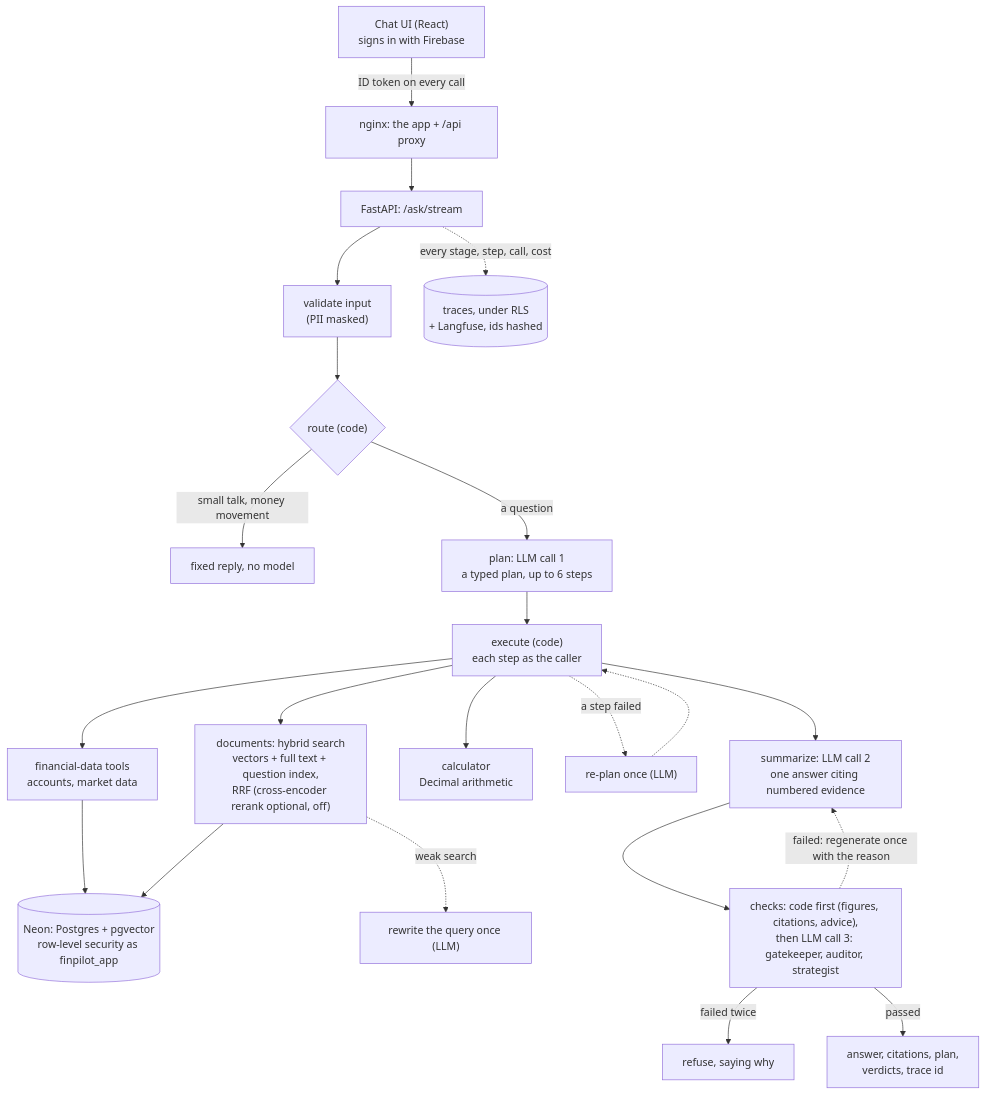
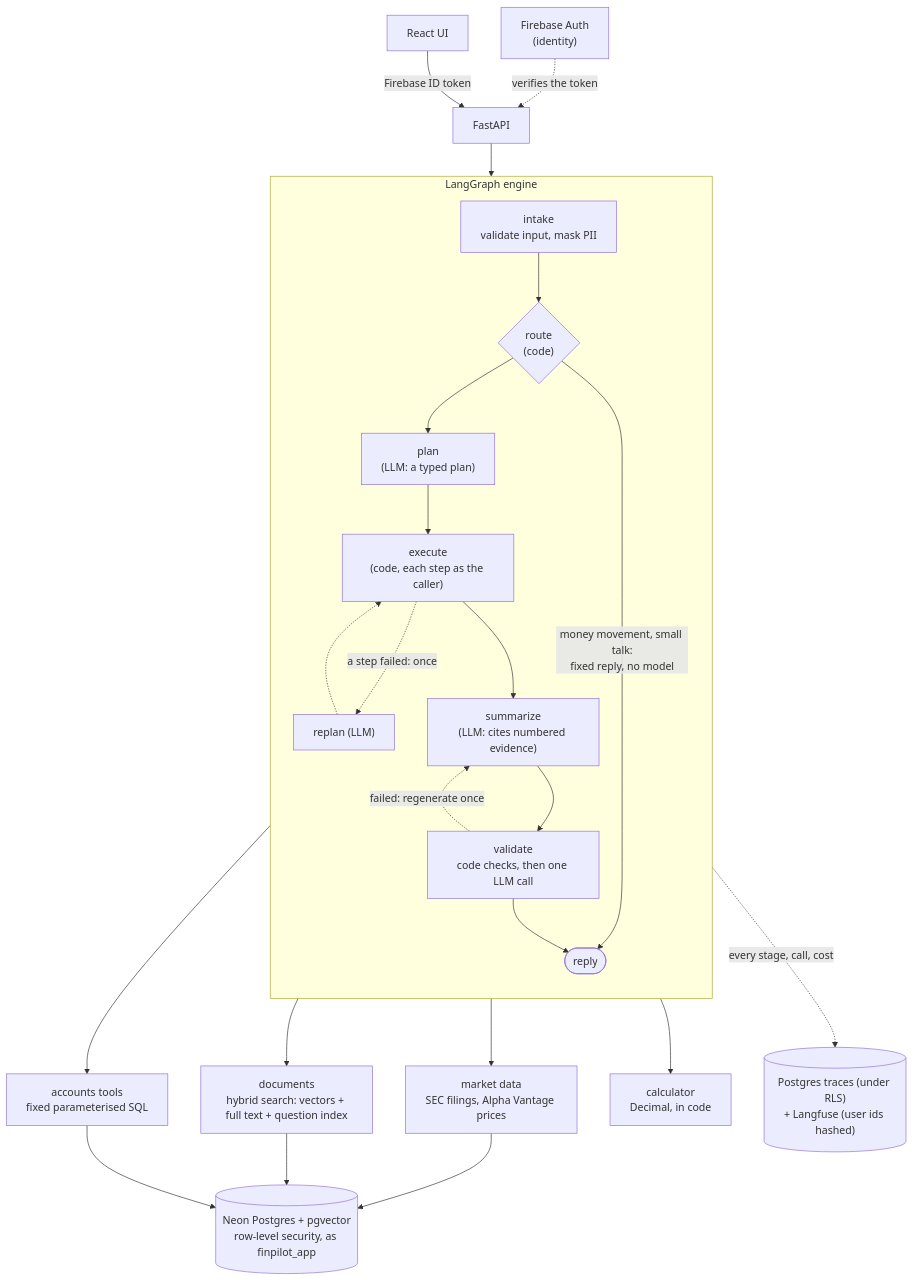
Before and after one commit to AshrithaPola/FinPilot: the diagram in README.md, drawn with Mermaid. The commit also changed other lines of this file and 2 other files, not shown here.

First line of the commit message:
docs: final README draft, deploy checklist, Gemini daily limit and accounts noted

````diff
--- a/README.md
+++ b/README.md
@@ -33,24 +41,29 @@
 ```mermaid
 flowchart TD
-    UI["Chat UI (React)<br/>signs in with Firebase"] -->|"ID token on every call"| WEB["nginx: the app + /api proxy"]
-    WEB --> API["FastAPI: /ask/stream"]
-    API --> IN["validate input<br/>(PII masked)"]
-    IN --> ROUTE{"route (code)"}
-    ROUTE -->|"small talk, money movement"| FIXED["fixed reply, no model"]
-    ROUTE -->|"a question"| PLAN["plan: LLM call 1<br/>a typed plan, up to 6 steps"]
-    PLAN --> EXEC["execute (code)<br/>each step as the caller"]
-    EXEC --> FIN["financial-data tools<br/>accounts, market data"]
-    EXEC --> DOCS["documents: hybrid search<br/>vectors + full text + question index,<br/>RRF (cross-encoder rerank optional, off)"]
-    EXEC --> CALC["calculator<br/>Decimal arithmetic"]
-    FIN --> DB[("Neon: Postgres + pgvector<br/>row-level security as finpilot_app")]
-    DOCS --> DB
-    DOCS -.->|"weak search"| RW["rewrite the query once (LLM)"]
-    EXEC -.->|"a step failed"| REPLAN["re-plan once (LLM)"]
-    REPLAN -.-> EXEC
-    EXEC --> SUM["summarize: LLM call 2<br/>one answer citing numbered evidence"]
-    SUM --> CHECK["checks: code first (figures, citations, advice),<br/>then LLM call 3: gatekeeper, auditor, strategist"]
-    CHECK -.->|"failed: regenerate once with the reason"| SUM
-    CHECK -->|"failed twice"| REFUSE["refuse, saying why"]
-    CHECK -->|"passed"| ANSWER["answer, citations, plan,<br/>verdicts, trace id"]
-    API -.->|"every stage, step, call, cost"| TRACE[("traces, under RLS<br/>+ Langfuse, ids hashed")]
+    UI["React UI"] -->|"Firebase ID token"| API["FastAPI"]
+    FB["Firebase Auth<br/>(identity)"] -.->|"verifies the token"| API
+    API --> G
+
+    subgraph G["LangGraph engine"]
+        direction TB
+        INTAKE["intake<br/>validate input, mask PII"] --> ROUTE{"route<br/>(code)"}
+        ROUTE -->|"money movement, small talk:<br/>fixed reply, no model"| DONE(["reply"])
+        ROUTE --> PLAN["plan<br/>(LLM: a typed plan)"]
+        PLAN --> EXEC["execute<br/>(code, each step as the caller)"]
+        EXEC -.->|"a step failed: once"| REPLAN["replan (LLM)"]
+        REPLAN -.-> EXEC
+        EXEC --> SUM["summarize<br/>(LLM: cites numbered evidence)"]
+        SUM --> VAL["validate<br/>code checks, then one LLM call"]
+        VAL -.->|"failed: regenerate once"| SUM
+        VAL --> DONE
+    end
+
+    EXEC --> T1["accounts tools<br/>fixed parameterised SQL"]
+    EXEC --> T2["documents<br/>hybrid search: vectors + full text + question index"]
+    EXEC --> T3["market data<br/>SEC filings, Alpha Vantage prices"]
+    EXEC --> T4["calculator<br/>Decimal, in code"]
+    T1 --> DB[("Neon Postgres + pgvector<br/>row-level security, as finpilot_app")]
+    T2 --> DB
+    T3 --> DB
+    G -.->|"every stage, call, cost"| OBS[("Postgres traces (under RLS)<br/>+ Langfuse (user ids hashed)")]
 ```
````
